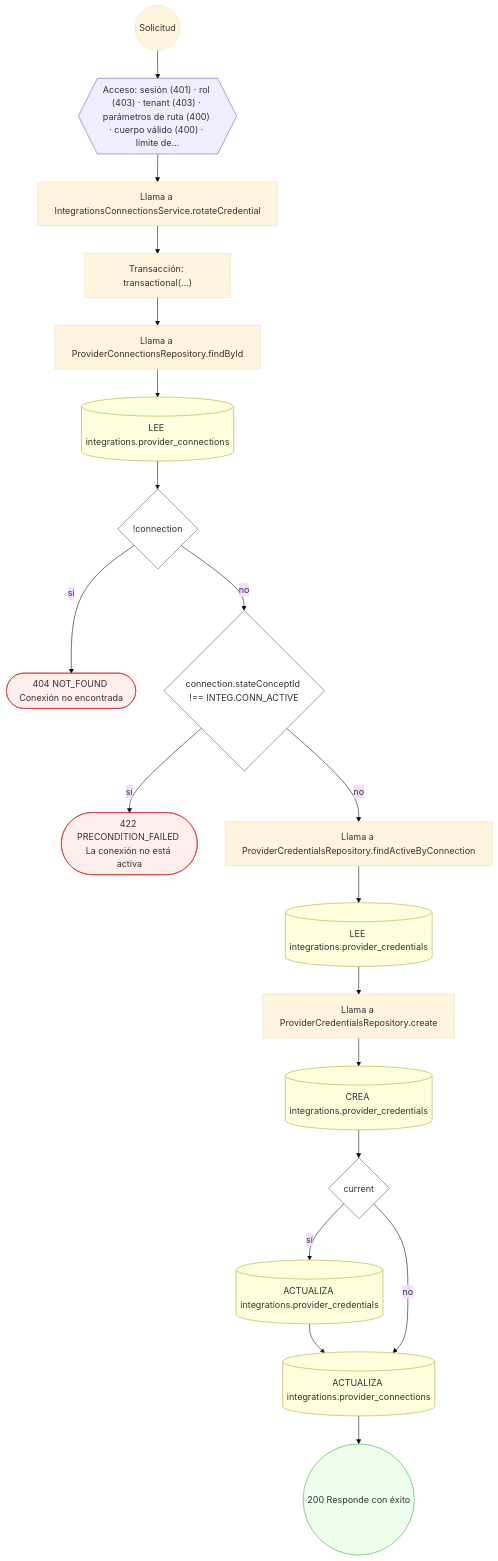
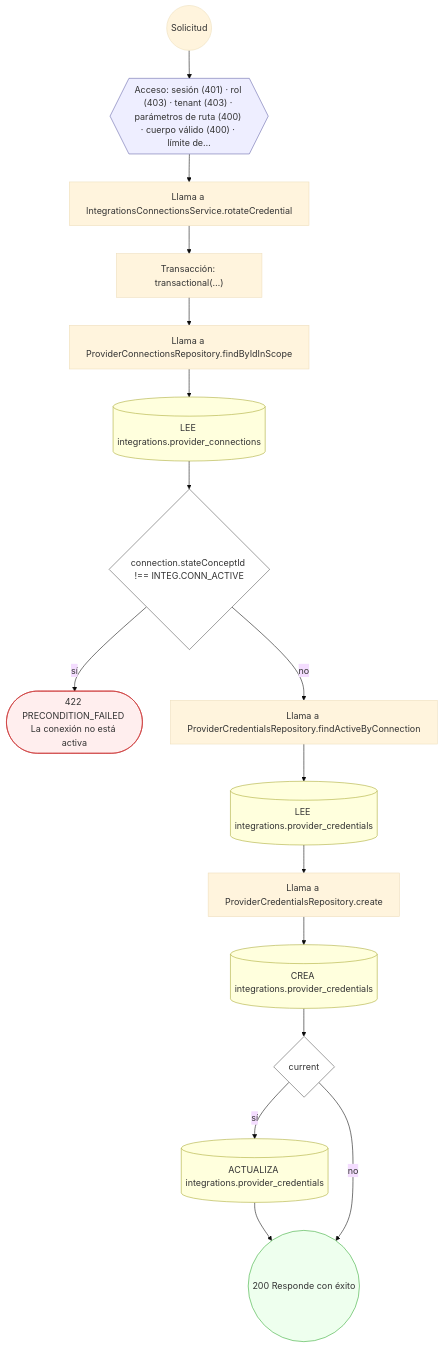
The third of 14 diagrams in docs/inventario/flujos/integrations.md (mdavila-2001/mantra-core-health-api), drawn with Mermaid (base theme) before and after one commit. The commit also changed other lines of this file and 438 other files, not shown here.

````diff
--- a/docs/inventario/flujos/integrations.md
+++ b/docs/inventario/flujos/integrations.md
@@ -231,45 +228,39 @@
 ```mermaid
 flowchart TD
   n1(("Solicitud")):::inicio
   n2{{"Acceso: sesión (401) · rol (403) · tenant (403) · parámetros de ruta (400) · cuerpo válido (400) · límite de…"}}:::acceso
   n1 --> n2
   n3["Llama a IntegrationsConnectionsService.rotateCredential"]:::llamada
   n2 --> n3
   n4["Transacción: transactional(…)"]:::transaccion
   n3 --> n4
-  n5["Llama a ProviderConnectionsRepository.findById"]:::llamada
+  n5["Llama a ProviderConnectionsRepository.findByIdInScope"]:::llamada
   n4 --> n5
   n6[("LEE integrations.provider_connections")]:::efecto
   n5 --> n6
-  n7{"!connection"}:::decision
+  n7{"connection.stateConceptId !== INTEG.CONN_ACTIVE"}:::decision
   n6 --> n7
-  n8(["404 NOT_FOUND Conexión no encontrada"]):::error
+  n8(["422 PRECONDITION_FAILED La conexión no está activa"]):::error
   n7 -->|"sí"| n8
-  n9{"connection.stateConceptId !== INTEG.CONN_ACTIVE"}:::decision
+  n9["Llama a ProviderCredentialsRepository.findActiveByConnection"]:::llamada
   n7 -->|"no"| n9
-  n10(["422 PRECONDITION_FAILED La conexión no está activa"]):::error
-  n9 -->|"sí"| n10
-  n11["Llama a ProviderCredentialsRepository.findActiveByConnection"]:::llamada
-  n9 -->|"no"| n11
-  n12[("LEE integrations.provider_credentials")]:::efecto
+  n10[("LEE integrations.provider_credentials")]:::efecto
+  n9 --> n10
+  n11["Llama a ProviderCredentialsRepository.create"]:::llamada
+  n10 --> n11
+  n12[("CREA integrations.provider_credentials")]:::efecto
   n11 --> n12
-  n13["Llama a ProviderCredentialsRepository.create"]:::llamada
+  n13{"current"}:::decision
   n12 --> n13
-  n14[("CREA integrations.provider_credentials")]:::efecto
-  n13 --> n14
-  n15{"current"}:::decision
+  n14[("ACTUALIZA integrations.provider_credentials")]:::efecto
+  n13 -->|"sí"| n14
+  n15(("200 Responde con éxito")):::ok
   n14 --> n15
-  n16[("ACTUALIZA integrations.provider_credentials")]:::efecto
-  n15 -->|"sí"| n16
-  n17[("ACTUALIZA integrations.provider_connections")]:::efecto
-  n16 --> n17
-  n15 -->|"no"| n17
-  n18(("200 Responde con éxito")):::ok
-  n17 --> n18
+  n13 -->|"no"| n15
   classDef acceso fill:#eef,stroke:#66a
   classDef error fill:#fee,stroke:#c33
   classDef ok fill:#efe,stroke:#3a3
   classDef efecto fill:#ffd,stroke:#aa3
   classDef decision fill:#fff,stroke:#555
   classDef corte fill:#eee,stroke:#999,stroke-dasharray: 4
 ```
````
